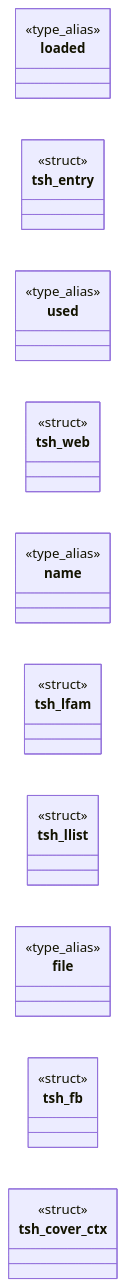
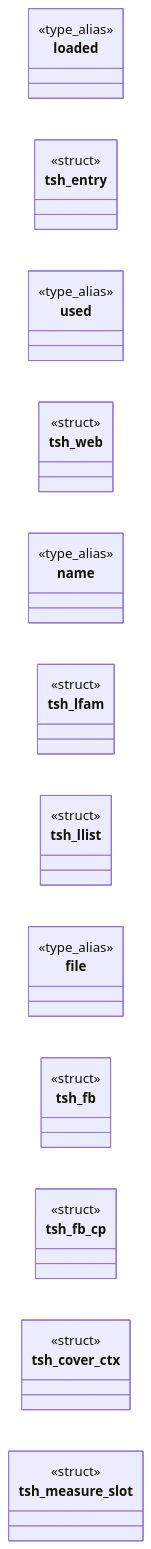
One commit to grisuno/FreeDom changed the first of 2 diagrams in readmenator-apidocs/modules/src.text_shape.c.md. Above: the diagram before and after it, drawn with Mermaid. The commit also changed other lines of this file and 164 other files, not shown here.

````diff
--- a/readmenator-apidocs/modules/src.text_shape.c.md
+++ b/readmenator-apidocs/modules/src.text_shape.c.md
@@ -14,24 +14,28 @@
 ```mermaid
 classDiagram
     direction LR
     class loaded
     <<type_alias>> loaded
     class tsh_entry
     <<struct>> tsh_entry
     class used
     <<type_alias>> used
     class tsh_web
     <<struct>> tsh_web
     class name
     <<type_alias>> name
     class tsh_lfam
     <<struct>> tsh_lfam
     class tsh_llist
     <<struct>> tsh_llist
     class file
     <<type_alias>> file
     class tsh_fb
     <<struct>> tsh_fb
+    class tsh_fb_cp
+    <<struct>> tsh_fb_cp
     class tsh_cover_ctx
     <<struct>> tsh_cover_ctx
+    class tsh_measure_slot
+    <<struct>> tsh_measure_slot
 ```
````
